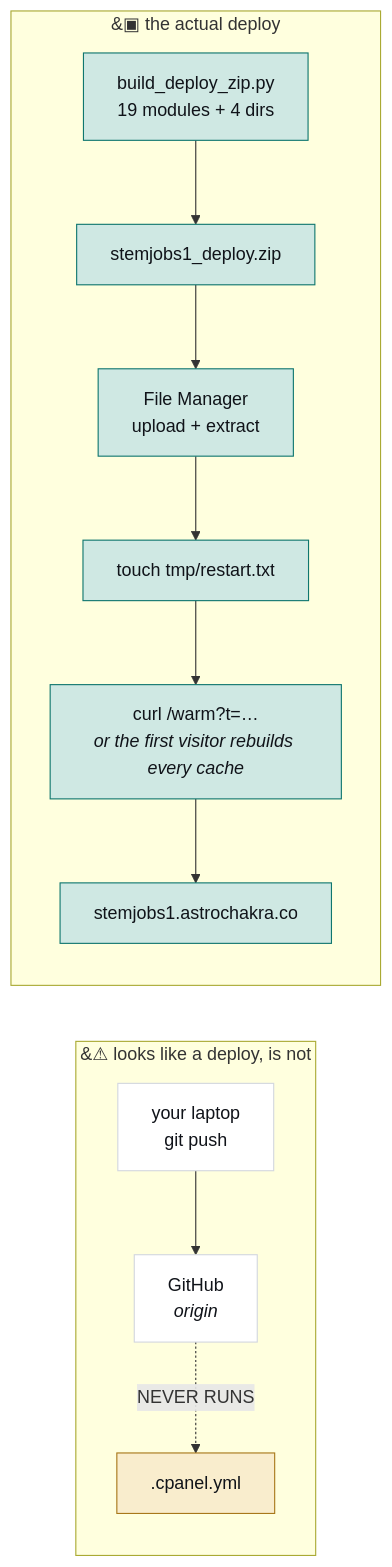
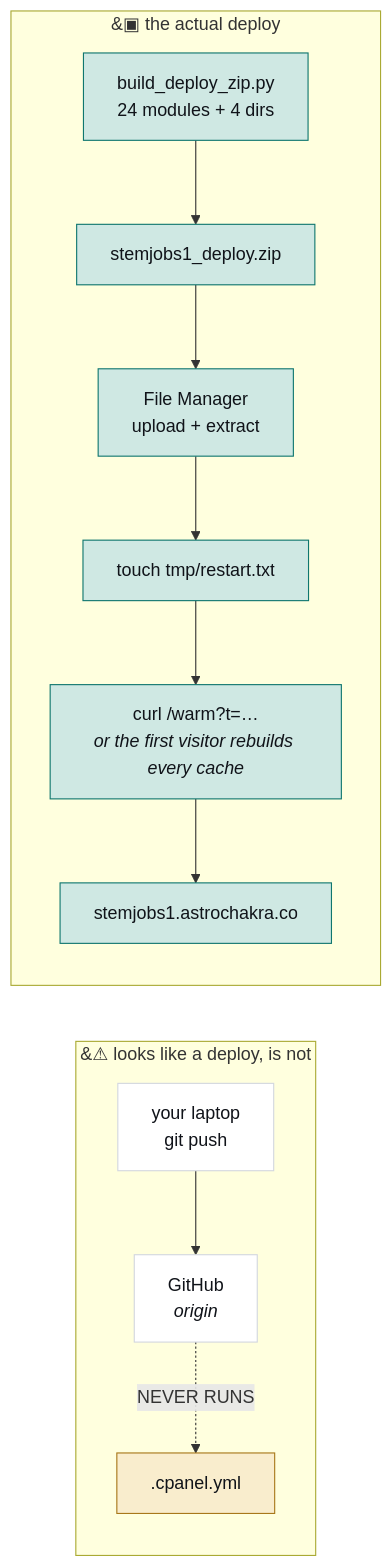
One commit to hadakunal909-debug/job-search-tool changed the third of 4 diagrams in JobMatch Scraper/docs/ARCHITECTURE.md. Above: the diagram before and after it, drawn with Mermaid. The commit also changed other lines of this file and 39 other files, not shown here.

````diff
--- a/JobMatch Scraper/docs/ARCHITECTURE.md
+++ b/JobMatch Scraper/docs/ARCHITECTURE.md
@@ -274,18 +274,18 @@
 ```mermaid
 flowchart LR
   subgraph BAD["&#9888; looks like a deploy, is not"]
     L["your laptop<br/>git push"] --> G["GitHub<br/><i>origin</i>"]
     G -.->|"NEVER RUNS"| C[".cpanel.yml"]
   end
   subgraph GOOD["&#9635; the actual deploy"]
-    B["build_deploy_zip.py<br/>19 modules + 4 dirs"] --> Z["stemjobs1_deploy.zip"]
+    B["build_deploy_zip.py<br/>24 modules + 4 dirs"] --> Z["stemjobs1_deploy.zip"]
     Z --> U["File Manager<br/>upload + extract"]
     U --> T["touch tmp/restart.txt"] --> W["curl /warm?t=…<br/><i>or the first visitor rebuilds every cache</i>"] --> LIVE["stemjobs1.astrochakra.co"]
   end
   classDef trap fill:#f9edcd,stroke:#a8781a,color:#101319
   classDef sched fill:#cfe8e3,stroke:#0f766e,color:#101319
   classDef plain fill:#ffffff,stroke:#d3d7df,color:#101319
   class C trap
   class B,Z,U,T,W,LIVE sched
   class L,G plain
 ```
````
